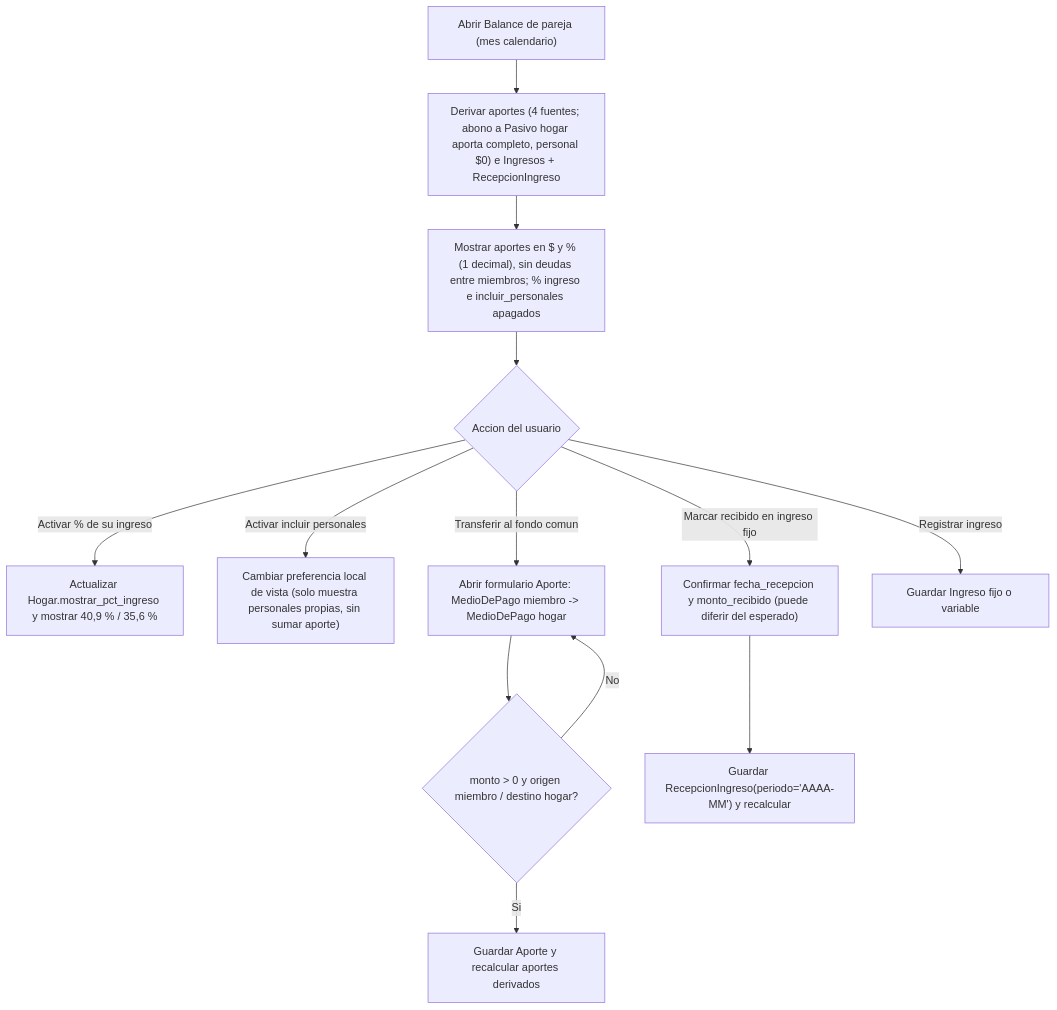
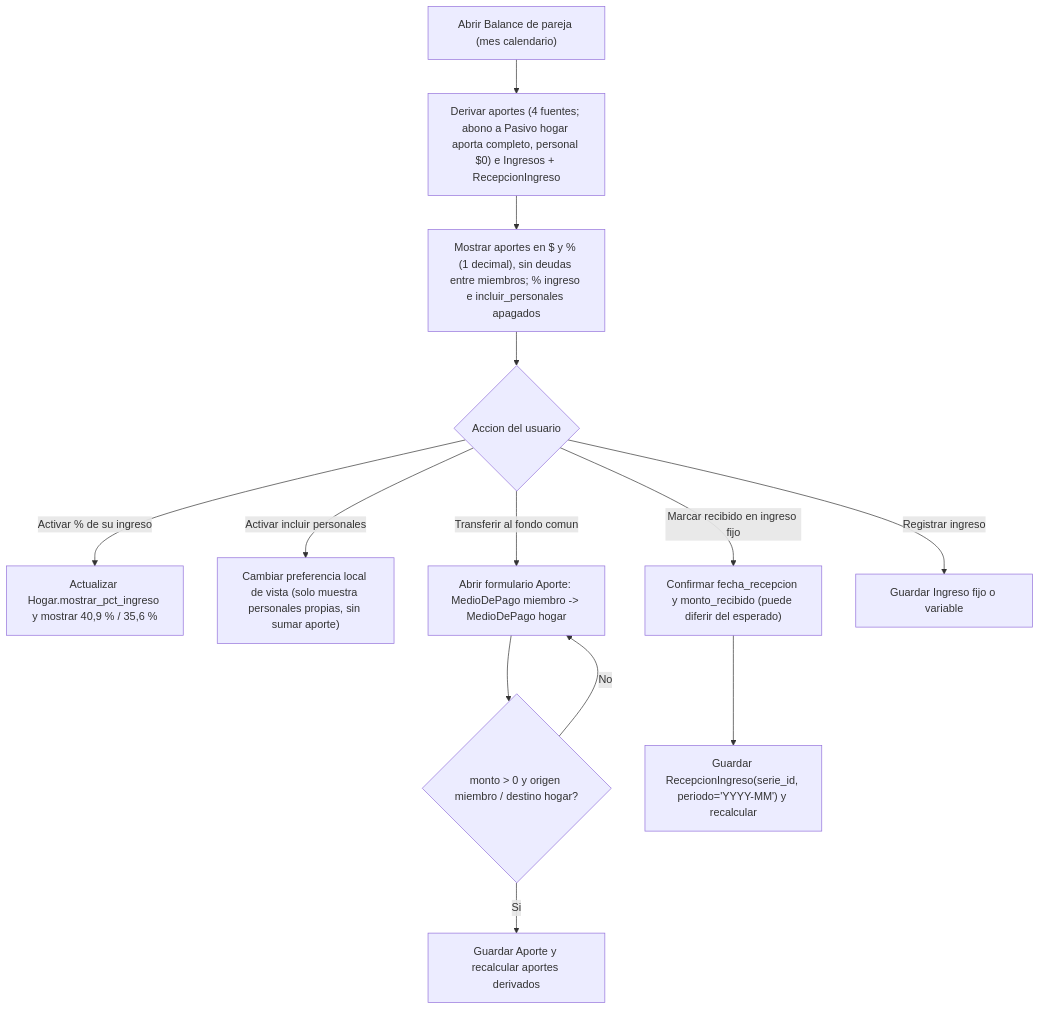
One commit to meperdev/hogar-app changed the diagram in docs/flows/balance-de-pareja.md. Above: the diagram before and after it, drawn with Mermaid. The commit also changed other lines of this file and 4 other files, not shown here.

Commit message:
design: ingreso fijo por serie y pago de la Visa al vencimiento

````diff
--- a/docs/flows/balance-de-pareja.md
+++ b/docs/flows/balance-de-pareja.md
@@ -92,15 +93,15 @@
 ```mermaid
 flowchart TD
     A["Abrir Balance de pareja (mes calendario)"] --> B["Derivar aportes (4 fuentes; abono a Pasivo hogar aporta completo, personal $0) e Ingresos + RecepcionIngreso"]
     B --> C["Mostrar aportes en $ y % (1 decimal), sin deudas entre miembros; % ingreso e incluir_personales apagados"]
     C --> D{"Accion del usuario"}
     D -- "Activar % de su ingreso" --> E["Actualizar Hogar.mostrar_pct_ingreso y mostrar 40,9 % / 35,6 %"]
     D -- "Activar incluir personales" --> F["Cambiar preferencia local de vista (solo muestra personales propias, sin sumar aporte)"]
     D -- "Transferir al fondo comun" --> G["Abrir formulario Aporte: MedioDePago miembro -> MedioDePago hogar"]
     G --> H{"monto > 0 y origen miembro / destino hogar?"}
     H -- No --> G
     H -- Si --> I["Guardar Aporte y recalcular aportes derivados"]
     D -- "Marcar recibido en ingreso fijo" --> J["Confirmar fecha_recepcion y monto_recibido (puede diferir del esperado)"]
-    J --> K["Guardar RecepcionIngreso(periodo='AAAA-MM') y recalcular"]
+    J --> K["Guardar RecepcionIngreso(serie_id, periodo='YYYY-MM') y recalcular"]
     D -- "Registrar ingreso" --> L["Guardar Ingreso fijo o variable"]
 ```
````
